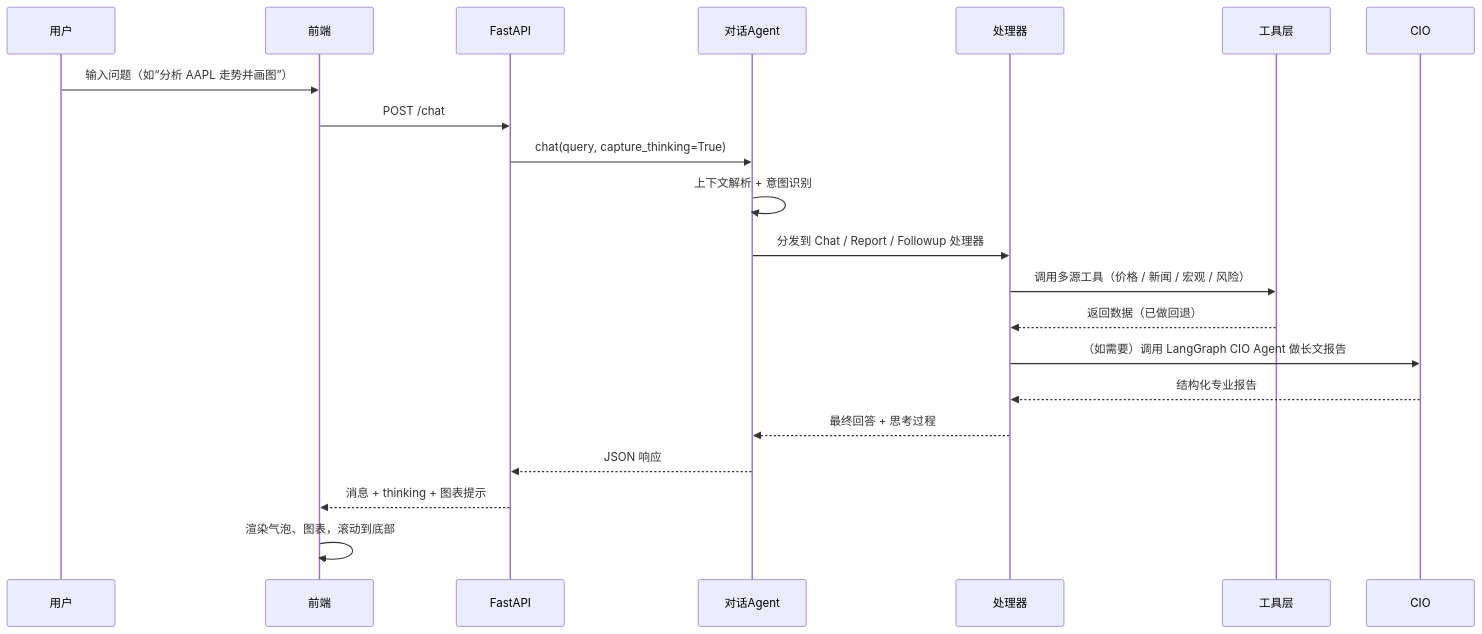
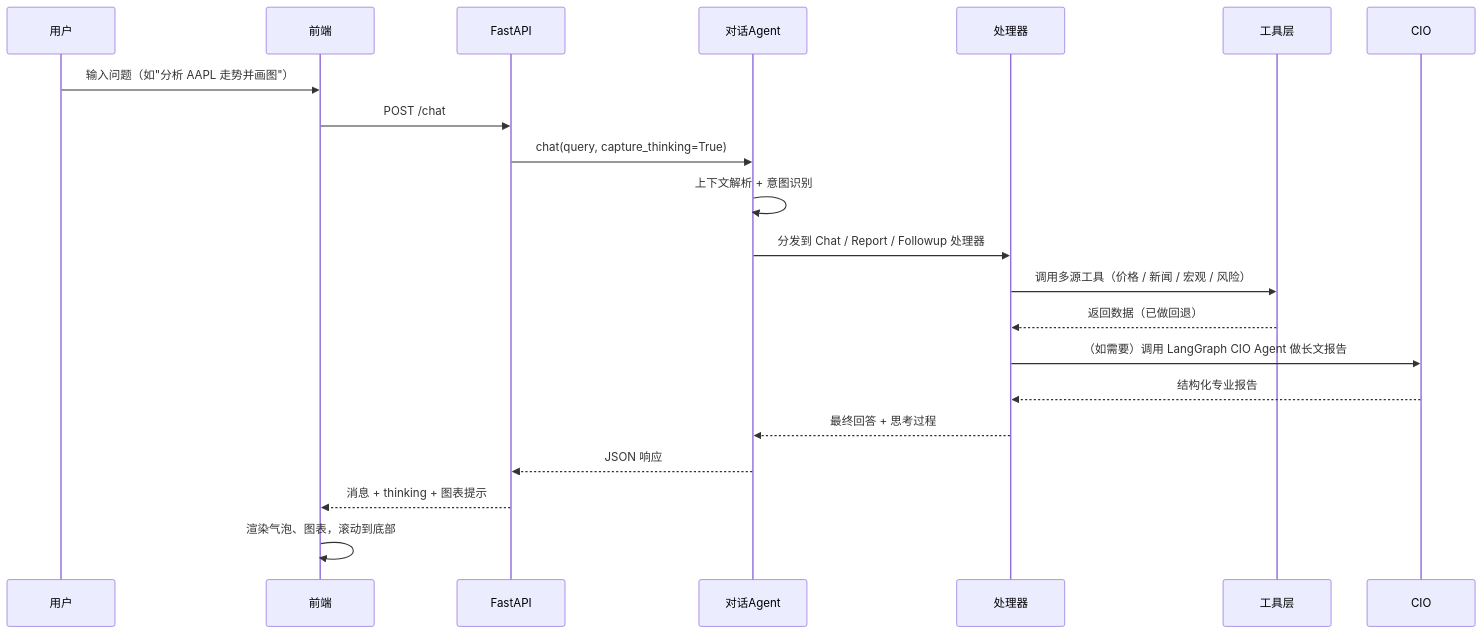
Before and after one commit to kkkano/FinSight: the second of 3 diagrams in readme_cn.md, drawn with Mermaid. The commit also changed other lines of this file and 26 other files, not shown here.

````diff
--- a/readme_cn.md
+++ b/readme_cn.md
@@ -102,24 +96,24 @@
 ```mermaid
 sequenceDiagram
     participant 用户
     participant 前端
     participant FastAPI
     participant 对话Agent
     participant 处理器
     participant 工具层
     participant CIO
 
-    用户->>前端: 输入问题（如“分析 AAPL 走势并画图”）
+    用户->>前端: 输入问题（如"分析 AAPL 走势并画图"）
     前端->>FastAPI: POST /chat
     FastAPI->>对话Agent: chat(query, capture_thinking=True)
     对话Agent->>对话Agent: 上下文解析 + 意图识别
     对话Agent->>处理器: 分发到 Chat / Report / Followup 处理器
     处理器->>工具层: 调用多源工具（价格 / 新闻 / 宏观 / 风险）
     工具层-->>处理器: 返回数据（已做回退）
     处理器->>CIO: （如需要）调用 LangGraph CIO Agent 做长文报告
     CIO-->>处理器: 结构化专业报告
     处理器-->>对话Agent: 最终回答 + 思考过程
     对话Agent-->>FastAPI: JSON 响应
     FastAPI-->>前端: 消息 + thinking + 图表提示
     前端->>前端: 渲染气泡、图表，滚动到底部
 ```
````
